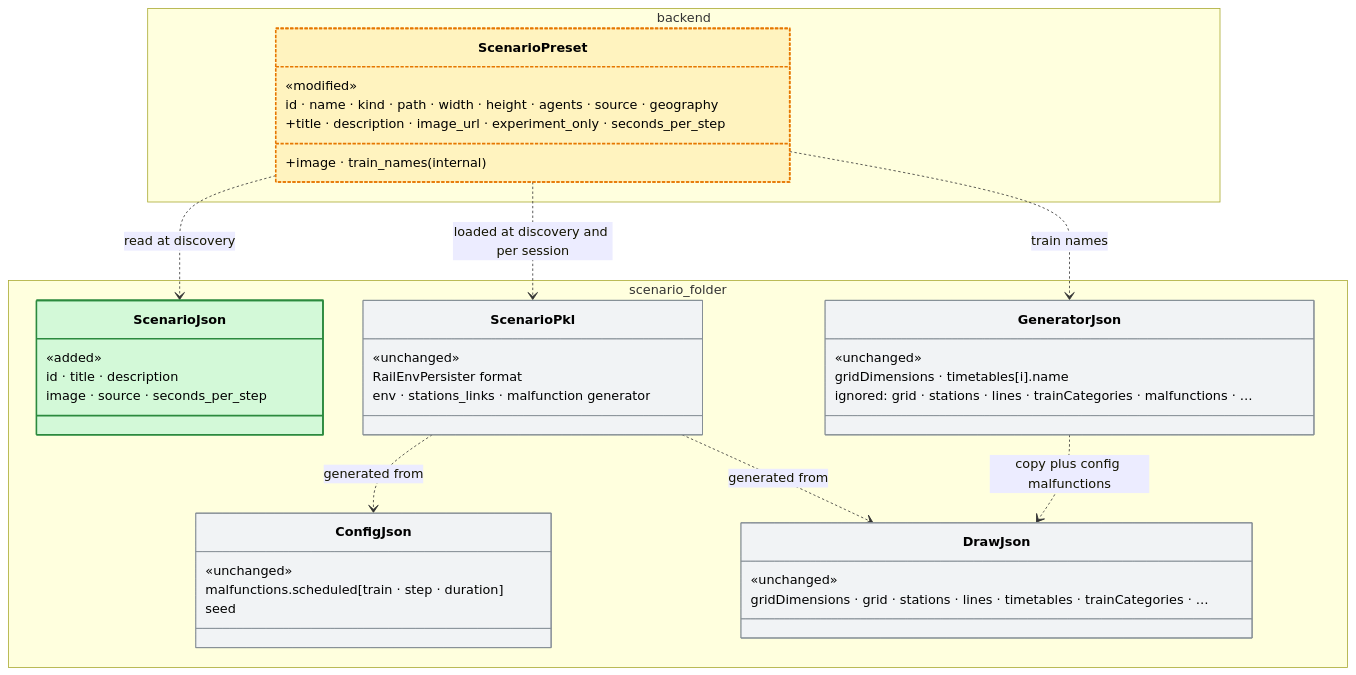
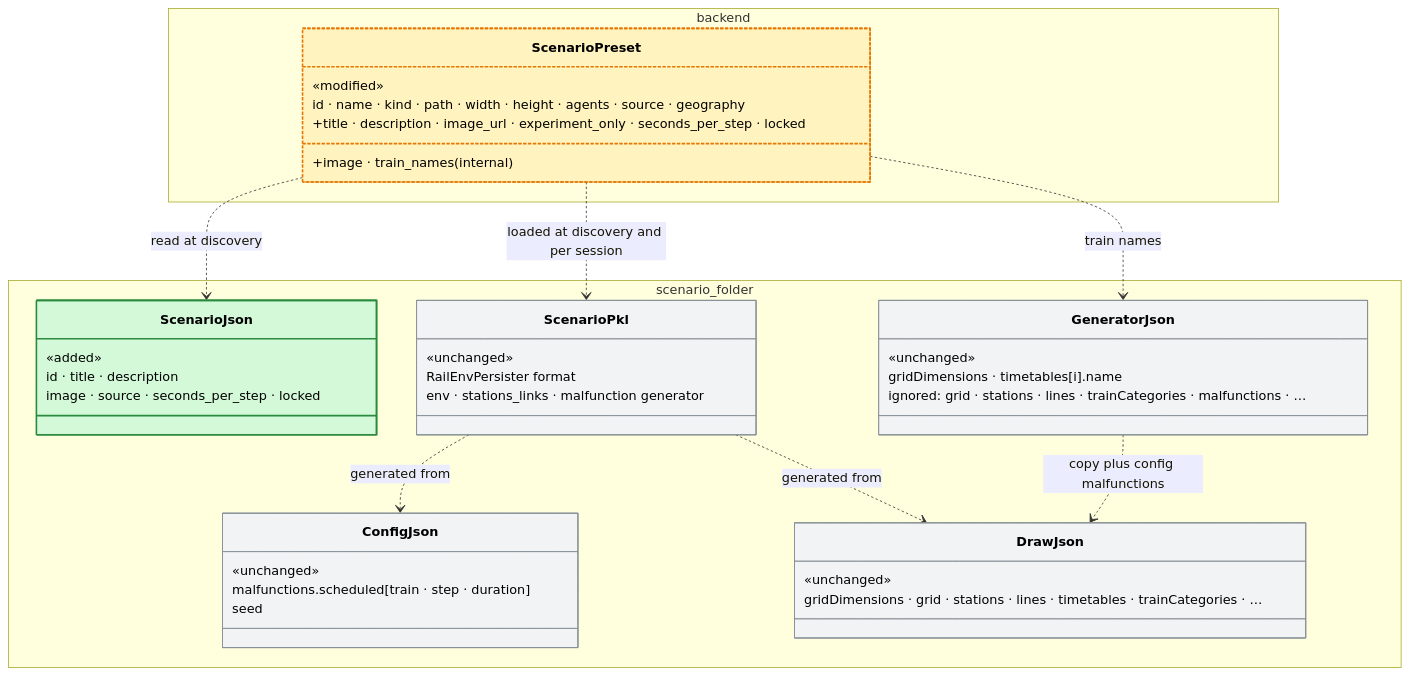
One commit to flatland-association/flatland-ui-hub changed the second of 2 diagrams in docs/plans/experiment-scenario-import.md. Above: the diagram before and after it, drawn with Mermaid. The commit also changed other lines of this file, not shown here.

First line of the commit message:
docs(plans): experiment scenarios: findings 19 and 23 fixed, locked scenarios, needed-by column.

````diff
--- a/docs/plans/experiment-scenario-import.md
+++ b/docs/plans/experiment-scenario-import.md
@@ -228,49 +235,49 @@
 ```mermaid
 classDiagram
     namespace scenario_folder {
         class ScenarioJson {
             «added»
             id · title · description
-            image · source · seconds_per_step
+            image · source · seconds_per_step · locked
         }
         class ScenarioPkl {
             «unchanged»
             RailEnvPersister format
             env · stations_links · malfunction generator
         }
         class GeneratorJson {
             «unchanged»
             gridDimensions · timetables[i].name
             ignored: grid · stations · lines · trainCategories · malfunctions · …
         }
         class ConfigJson {
             «unchanged»
             malfunctions.scheduled[train · step · duration]
             seed
         }
         class DrawJson {
             «unchanged»
             gridDimensions · grid · stations · lines · timetables · trainCategories · …
         }
     }
     namespace backend {
         class ScenarioPreset {
             «modified»
             id · name · kind · path · width · height · agents · source · geography
-            +title · description · image_url · experiment_only · seconds_per_step
+            +title · description · image_url · experiment_only · seconds_per_step · locked
             +image · train_names (internal)
         }
     }
     ScenarioPreset ..> ScenarioJson : read at discovery
     ScenarioPreset ..> ScenarioPkl : loaded at discovery and per session
     ScenarioPreset ..> GeneratorJson : train names
     ScenarioPkl ..> DrawJson : generated from
     ScenarioPkl ..> ConfigJson : generated from
     GeneratorJson ..> DrawJson : copy plus config malfunctions
     style ScenarioJson fill:#d3f9d8,stroke:#2b8a3e,stroke-width:2px,color:#000
     style ScenarioPreset fill:#fff3bf,stroke:#e67700,stroke-width:2px,stroke-dasharray:4 2,color:#000
     style ScenarioPkl fill:#f1f3f5,stroke:#868e96,color:#000
     style GeneratorJson fill:#f1f3f5,stroke:#868e96,color:#000
     style ConfigJson fill:#f1f3f5,stroke:#868e96,color:#000
     style DrawJson fill:#f1f3f5,stroke:#868e96,color:#000
 ```
````
